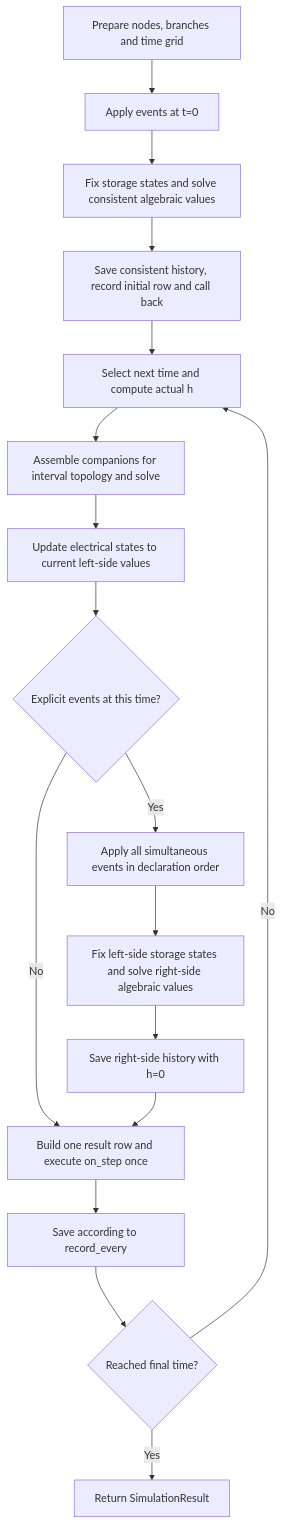
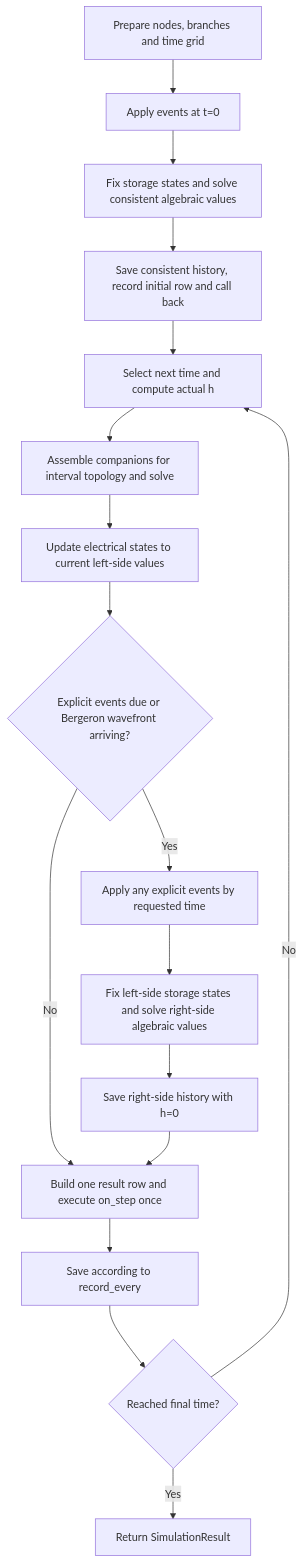
Before and after one commit to yu-yikai/PyCy_EMT_Lite: the diagram in docs/component_derivations.en.md, drawn with Mermaid. The commit also changed other lines of this file and 21 other files, not shown here.

````diff
--- a/docs/component_derivations.en.md
+++ b/docs/component_derivations.en.md
@@ -893,19 +898,19 @@
 ```mermaid
 flowchart TD
     A[Prepare nodes, branches and time grid] --> B[Apply events at t=0]
     B --> C[Fix storage states and solve consistent algebraic values]
     C --> D[Save consistent history, record initial row and call back]
     D --> E[Select next time and compute actual h]
     E --> F[Assemble companions for interval topology and solve]
     F --> G[Update electrical states to current left-side values]
-    G --> H{Explicit events at this time?}
-    H -- Yes --> I[Apply all simultaneous events in declaration order]
+    G --> H{Explicit events due or Bergeron wavefront arriving?}
+    H -- Yes --> I[Apply any explicit events by requested time]
     I --> J[Fix left-side storage states and solve right-side algebraic values]
     J --> K[Save right-side history with h=0]
     H -- No --> L[Build one result row and execute on_step once]
     K --> L
     L --> M[Save according to record_every]
     M --> N{Reached final time?}
     N -- No --> E
     N -- Yes --> O[Return SimulationResult]
 ```
````
